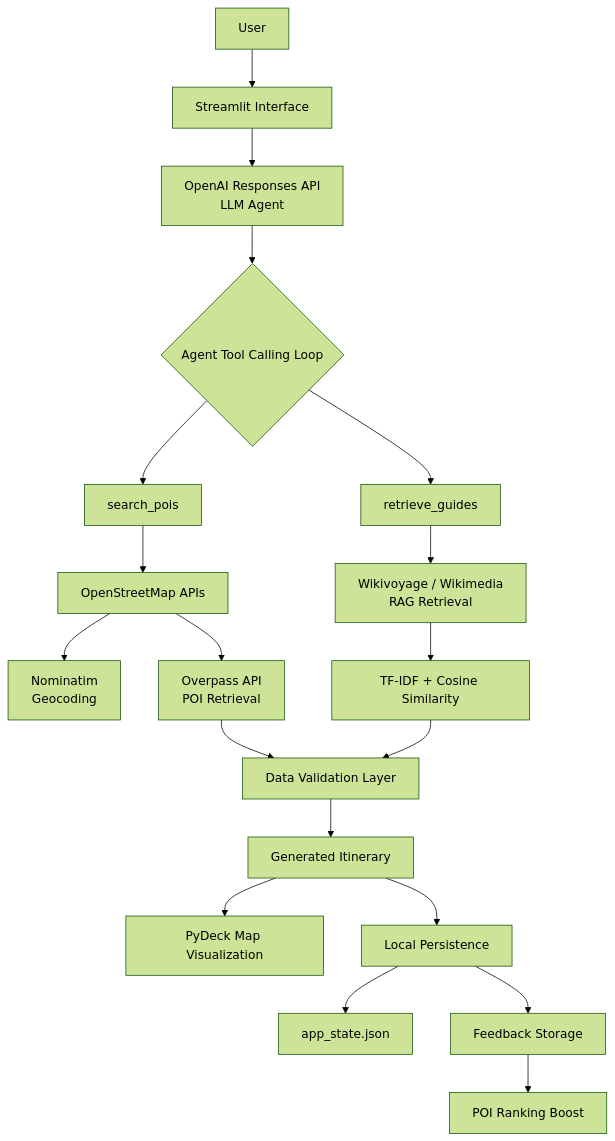
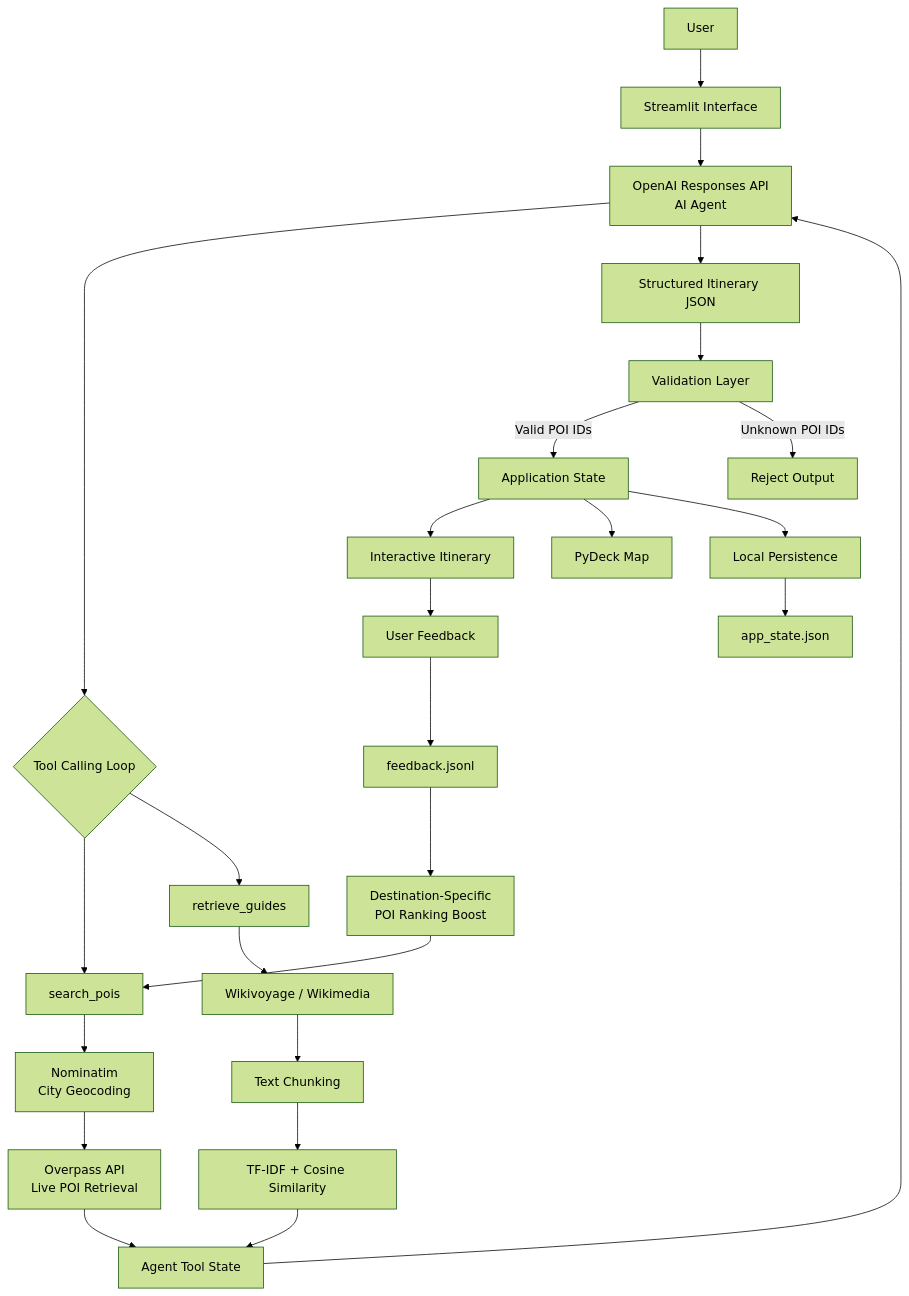
The diagram in content/projects/project10/index.md (DianaSpahieva/portfolio), drawn with Mermaid (forest theme) before and after one commit. The commit also changed other lines of this file and 5 other files, not shown here.

````diff
--- a/content/projects/project10/index.md
+++ b/content/projects/project10/index.md
@@ -31,31 +54,42 @@
 ```mermaid
 flowchart TD
+
     A[User] --> B[Streamlit Interface]
 
-    B --> C[OpenAI Responses API<br/>LLM Agent]
+    B --> C[OpenAI Responses API<br/>AI Agent]
 
-    C --> D{Agent Tool Calling Loop}
+    C --> D{Tool Calling Loop}
 
     D --> E[search_pois]
     D --> F[retrieve_guides]
 
-    E --> G[OpenStreetMap APIs]
-    G --> G1[Nominatim<br/>Geocoding]
-    G --> G2[Overpass API<br/>POI Retrieval]
+    E --> G[Nominatim<br/>City Geocoding]
+    G --> H[Overpass API<br/>Live POI Retrieval]
 
-    F --> H[Wikivoyage / Wikimedia<br/>RAG Retrieval]
-    H --> H1[TF-IDF + Cosine Similarity]
+    F --> I[Wikivoyage / Wikimedia]
+    I --> J[Text Chunking]
+    J --> K[TF-IDF + Cosine Similarity]
 
-    G2 --> I[Data Validation Layer]
-    H1 --> I
+    H --> L[Agent Tool State]
+    K --> L
 
-    I --> J[Generated Itinerary]
+    L --> C
 
-    J --> K[PyDeck Map Visualization]
+    C --> M[Structured Itinerary JSON]
 
-    J --> L[Local Persistence]
-    L --> L1[app_state.json]
-    L --> L2[Feedback Storage]
+    M --> N[Validation Layer]
 
-    L2 --> M[POI Ranking Boost]
+    N -->|Valid POI IDs| O[Application State]
+    N -->|Unknown POI IDs| P[Reject Output]
+
+    O --> Q[Interactive Itinerary]
+    O --> R[PyDeck Map]
+    O --> S[Local Persistence]
+
+    S --> S1[app_state.json]
+
+    Q --> T[User Feedback]
+    T --> U[feedback.jsonl]
+    U --> V[Destination-Specific<br/>POI Ranking Boost]
+    V --> E
 ```
````
